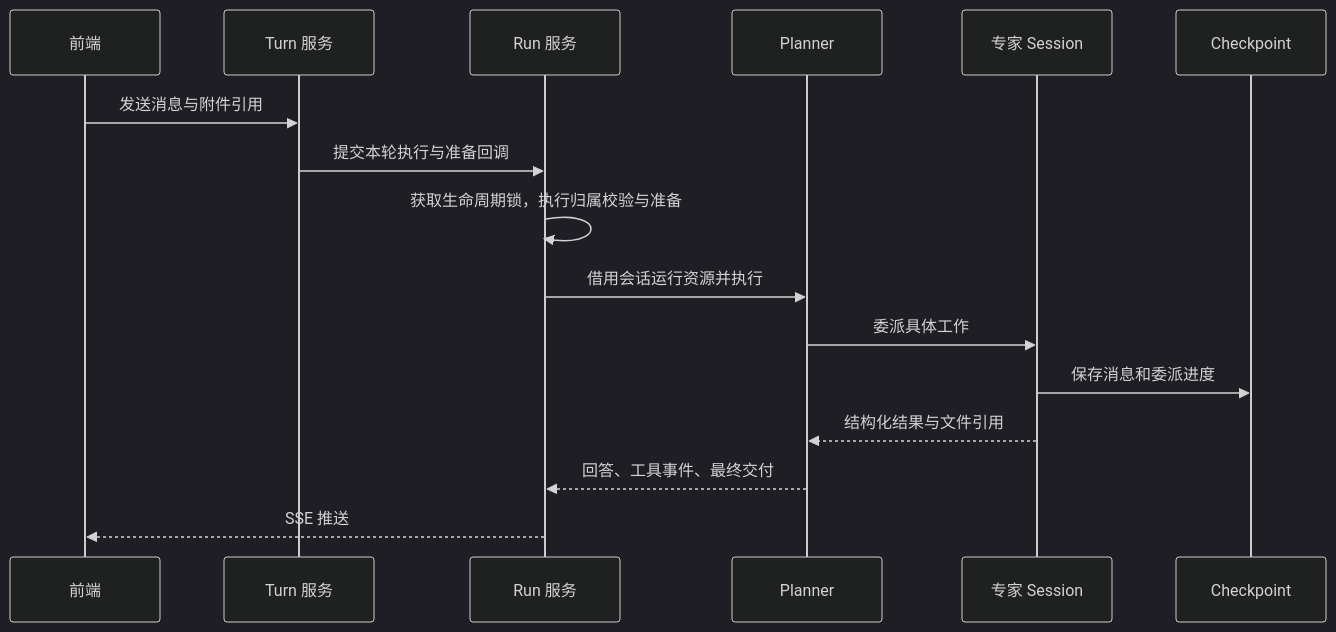
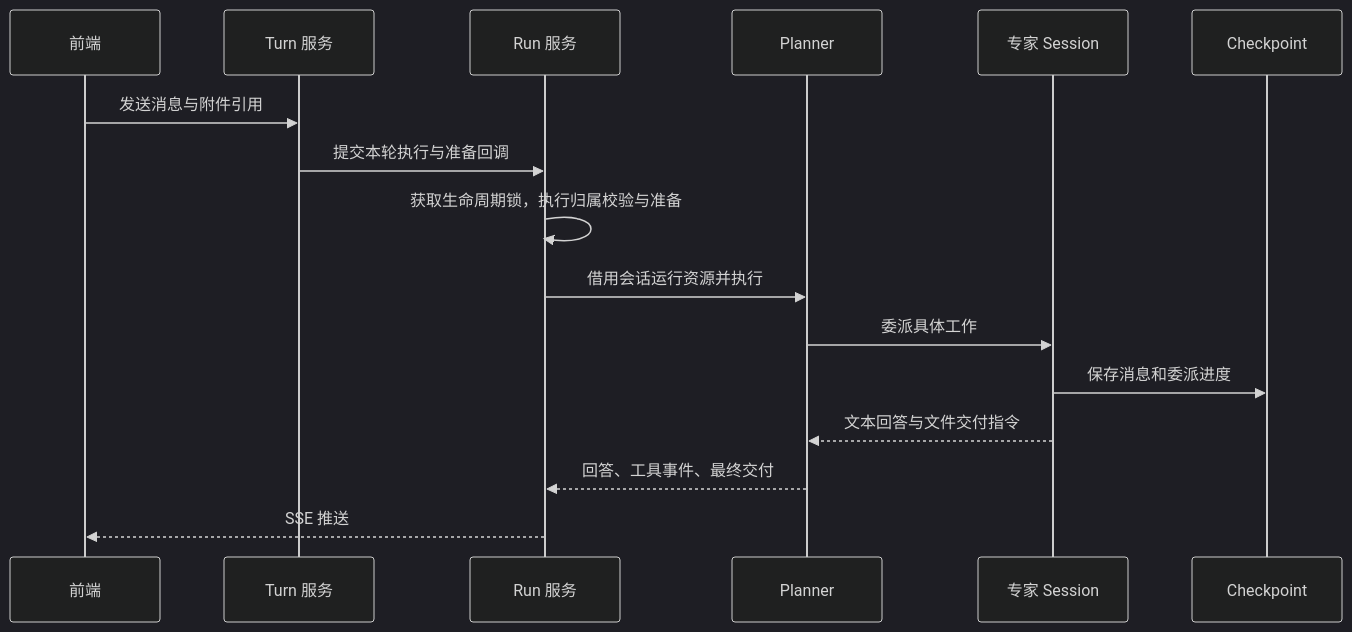
One commit to 2739673455/dataagent changed the second of 2 diagrams in docs/06_对话与多智能体协作.md. Above: the diagram before and after it, drawn with Mermaid (dark theme). The commit also changed other lines of this file and 140 other files, not shown here.

````diff
--- a/docs/06_对话与多智能体协作.md
+++ b/docs/06_对话与多智能体协作.md
@@ -75,18 +77,18 @@
 ```mermaid
 sequenceDiagram
     participant UI as 前端
     participant Turn as Turn 服务
     participant Run as Run 服务
     participant Planner as Planner
     participant Expert as 专家 Session
     participant PG as Checkpoint
     UI->>Turn: 发送消息与附件引用
     Turn->>Run: 提交本轮执行与准备回调
     Run->>Run: 获取生命周期锁，执行归属校验与准备
     Run->>Planner: 借用会话运行资源并执行
     Planner->>Expert: 委派具体工作
     Expert->>PG: 保存消息和委派进度
-    Expert-->>Planner: 结构化结果与文件引用
+    Expert-->>Planner: 文本回答与文件交付指令
     Planner-->>Run: 回答、工具事件、最终交付
     Run-->>UI: SSE 推送
 ```
````
